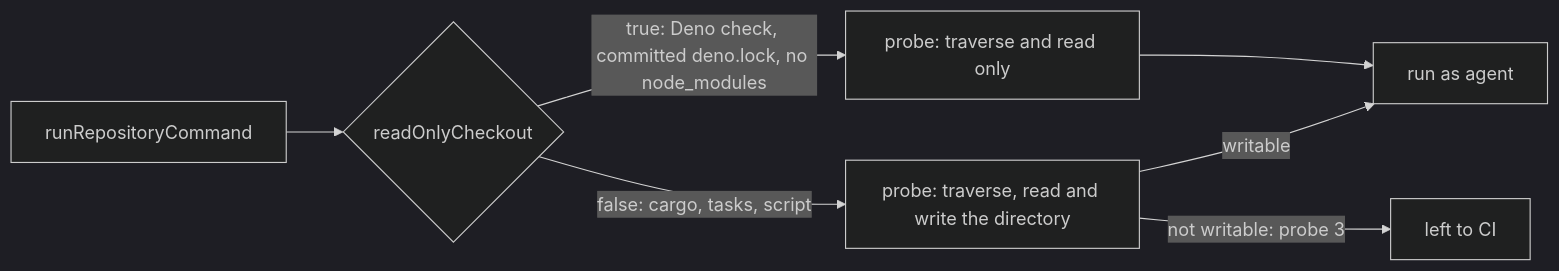
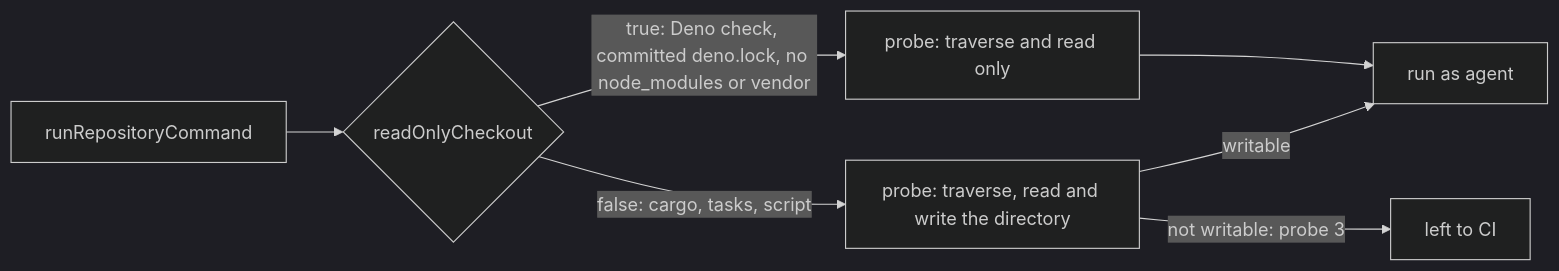
The diagram in docs/archive/pr-summaries/pr-summary-4782.md (stSoftwareAU/VibeCoder), drawn with Mermaid (dark theme) before and after one commit. The commit also changed other lines of this file and 3 other files, not shown here.

````diff
--- a/docs/archive/pr-summaries/pr-summary-4782.md
+++ b/docs/archive/pr-summaries/pr-summary-4782.md
@@ -19,9 +20,9 @@
 ```mermaid
 flowchart LR
     A[runRepositoryCommand] --> B{readOnlyCheckout}
-    B -- "true: Deno check, committed deno.lock, no node_modules" --> C[probe: traverse and read only]
+    B -- "true: Deno check, committed deno.lock, no node_modules or vendor" --> C[probe: traverse and read only]
     B -- "false: cargo, tasks, script" --> D[probe: traverse, read and write the directory]
     C --> E[run as agent]
     D -- writable --> E
     D -- "not writable: probe 3" --> F[left to CI]
 ```
````
